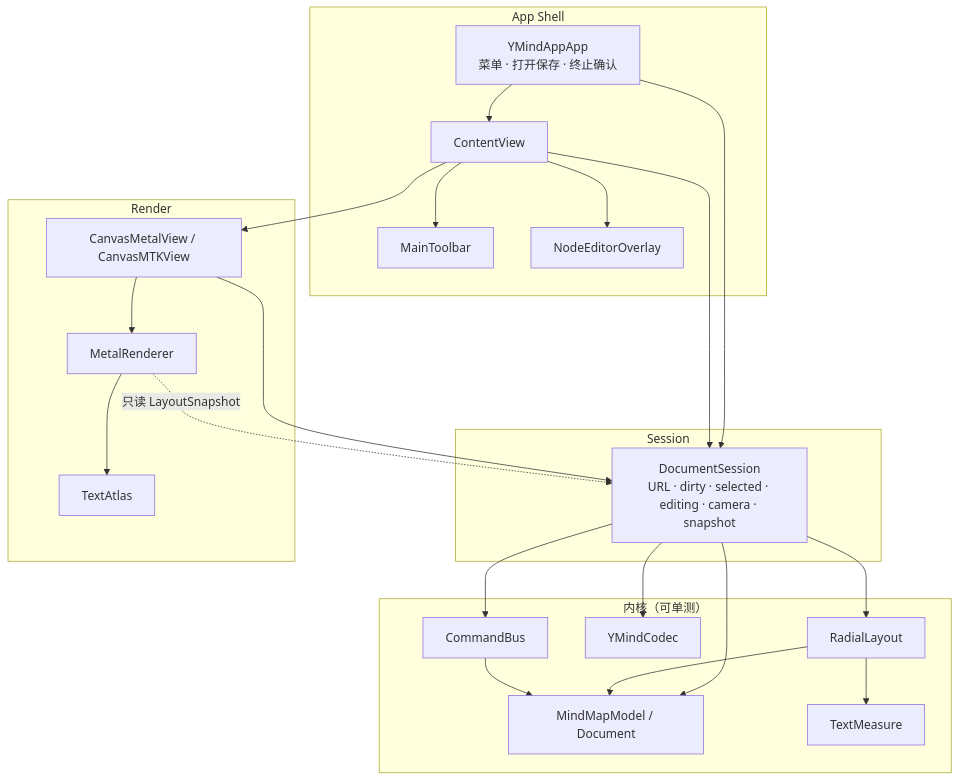
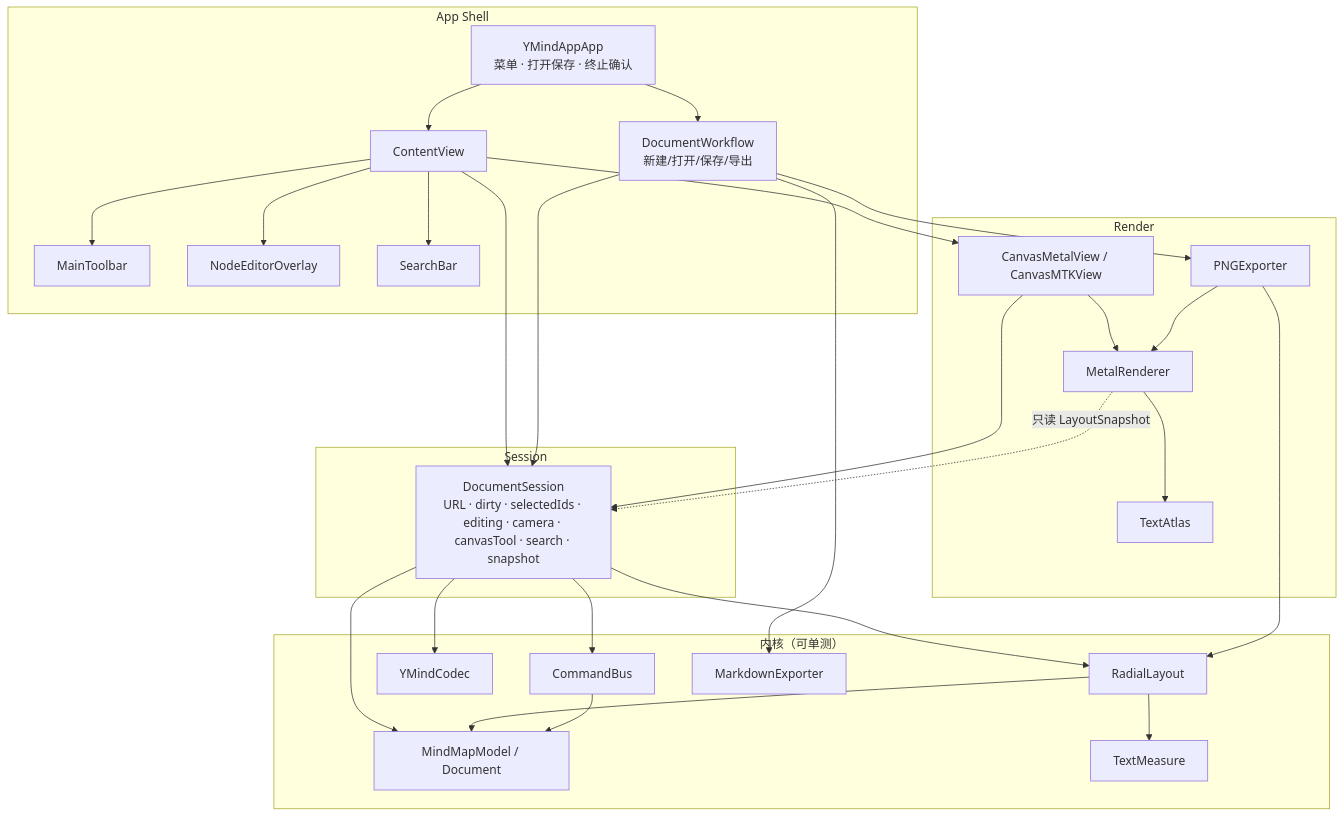
The first of 5 diagrams in docs/架构现状.md (LieonShelly/Linva), drawn with Mermaid before and after one commit. The commit also changed other lines of this file and 2 other files, not shown here.

````diff
--- a/docs/架构现状.md
+++ b/docs/架构现状.md
@@ -45,45 +61,55 @@
 ```mermaid
 flowchart TB
   subgraph Shell["App Shell"]
     App["YMindAppApp<br/>菜单 · 打开保存 · 终止确认"]
+    WF["DocumentWorkflow<br/>新建/打开/保存/导出"]
     CV["ContentView"]
     TB["MainToolbar"]
     Ed["NodeEditorOverlay"]
+    SB["SearchBar"]
   end
 
   subgraph SessionLayer["Session"]
-    DS["DocumentSession<br/>URL · dirty · selected · editing · camera · snapshot"]
+    DS["DocumentSession<br/>URL · dirty · selectedIds · editing · camera · canvasTool · search · snapshot"]
   end
 
   subgraph Core["内核（可单测）"]
     Bus["CommandBus"]
     Model["MindMapModel / Document"]
     Codec["YMindCodec"]
     Measure["TextMeasure"]
     Layout["RadialLayout"]
+    MD["MarkdownExporter"]
   end
 
   subgraph RenderLayer["Render"]
     Canvas["CanvasMetalView / CanvasMTKView"]
     Metal["MetalRenderer"]
     Atlas["TextAtlas"]
+    PNG["PNGExporter"]
   end
 
   App --> CV
-  App --> DS
+  App --> WF
   CV --> TB
   CV --> Ed
+  CV --> SB
   CV --> Canvas
   CV --> DS
+  WF --> DS
+  WF --> MD
+  WF --> PNG
   DS --> Bus
   DS --> Model
   DS --> Codec
   DS --> Layout
   Layout --> Measure
   Layout --> Model
   Bus --> Model
   Canvas --> DS
   Canvas --> Metal
   Metal --> Atlas
+  PNG --> Layout
+  PNG --> Metal
   Metal -.->|"只读 LayoutSnapshot"| DS
 ```
````
